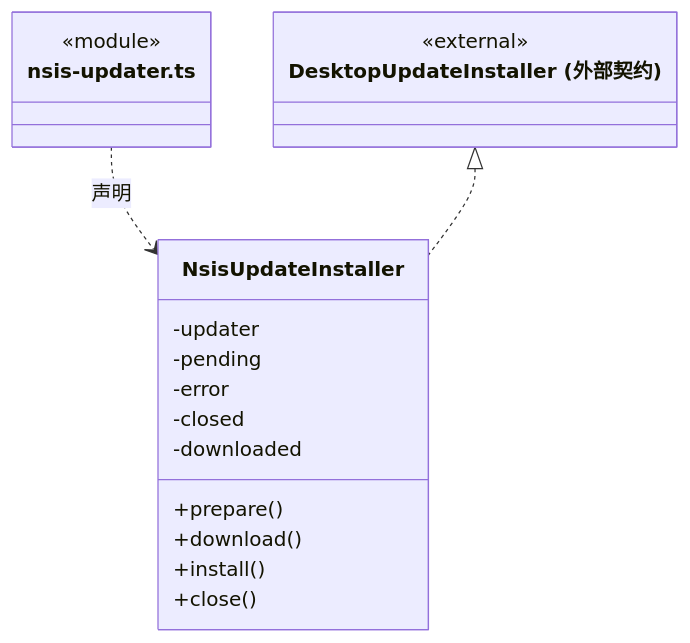
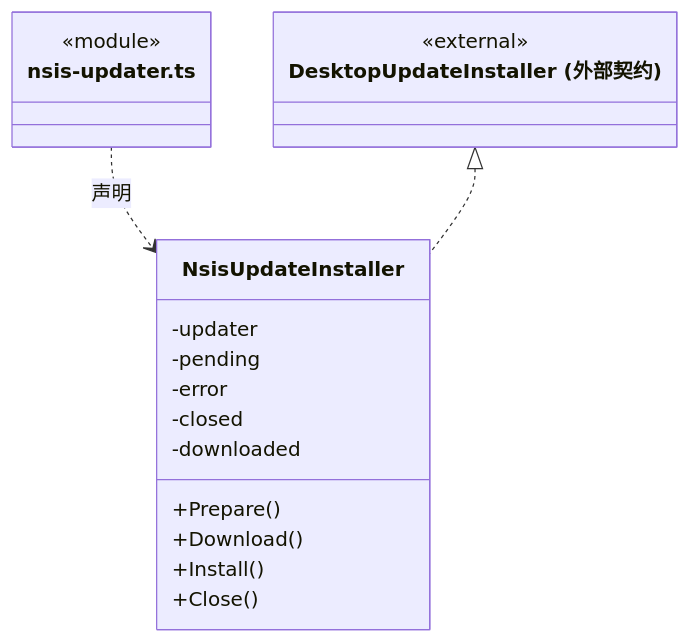
One commit to nan023062/cbim changed the ninth of 28 diagrams in src/logic/updates/service/ARCHITECTURE.md. Above: the diagram before and after it, drawn with Mermaid. The commit also changed other lines of this file and 1035 other files, not shown here.

````diff
--- a/src/logic/updates/service/ARCHITECTURE.md
+++ b/src/logic/updates/service/ARCHITECTURE.md
@@ -220,22 +220,22 @@
 ```mermaid
 classDiagram
 class N_src_logic_updates_service_nsis_updater_ts["nsis-updater.ts"] {
   <<module>>
 }
 class N_src_logic_updates_service_nsis_updater_ts_NsisUpdateInstaller["NsisUpdateInstaller"] {
-  +prepare()
-  +download()
-  +install()
-  +close()
+  +Prepare()
+  +Download()
+  +Install()
+  +Close()
   -updater
   -pending
   -error
   -closed
   -downloaded
 }
 N_src_logic_updates_service_nsis_updater_ts ..> N_src_logic_updates_service_nsis_updater_ts_NsisUpdateInstaller : 声明
 class N_src_logic_updates_service_nsis_updater_ts_external_DesktopUpdateInstaller["DesktopUpdateInstaller (外部契约)"] {
   <<external>>
 }
 N_src_logic_updates_service_nsis_updater_ts_external_DesktopUpdateInstaller <|.. N_src_logic_updates_service_nsis_updater_ts_NsisUpdateInstaller
 ```
````
